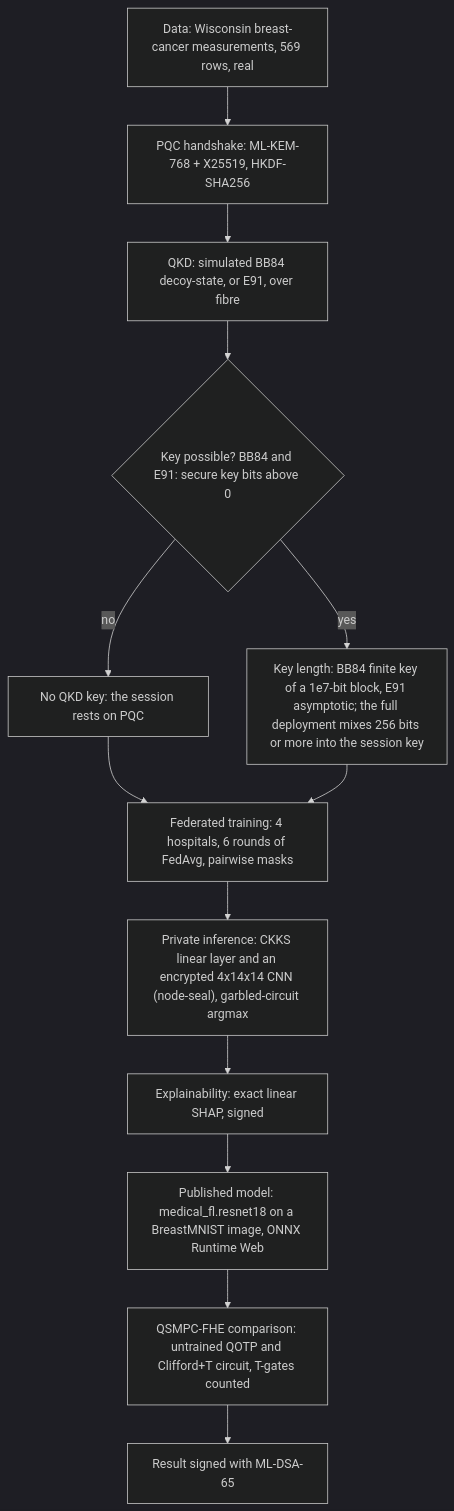
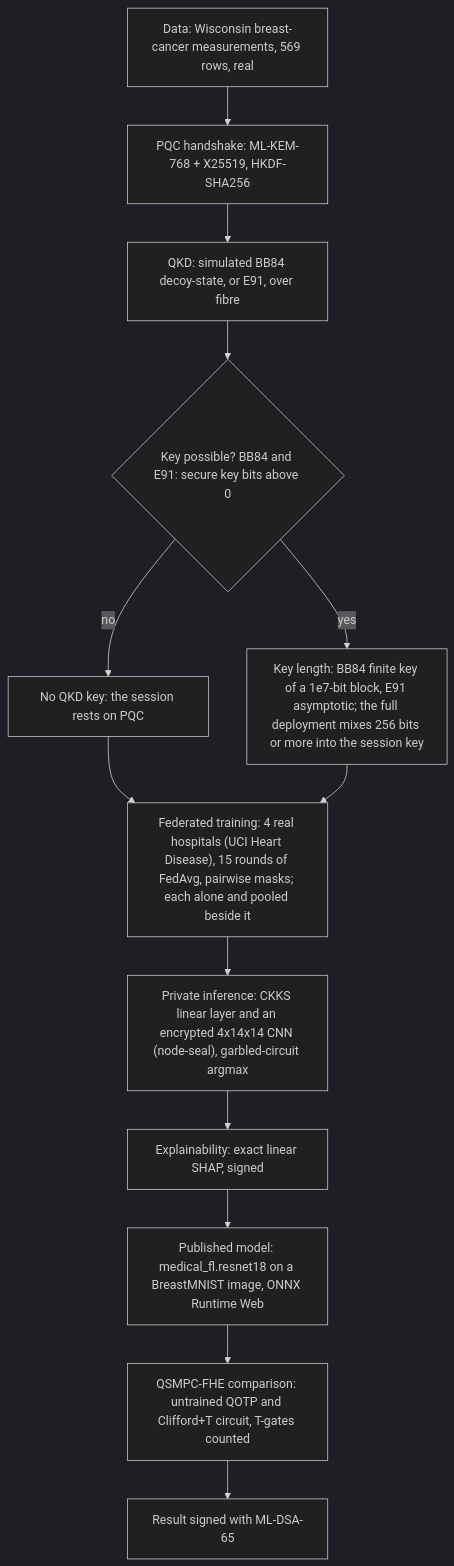
The fourth of 11 diagrams in README.md (Quantum-Daemons/QSMPC-QKD-QHE-AI-Hybrid), drawn with Mermaid (dark theme) before and after one commit. The commit also changed other lines of this file and 20 other files, not shown here.

````diff
--- a/README.md
+++ b/README.md
@@ -151,27 +151,27 @@
 ```mermaid
 flowchart TB
   D["Data: Wisconsin breast-cancer measurements, 569 rows, real"]
   H["PQC handshake: ML-KEM-768 + X25519, HKDF-SHA256"]
   K["QKD: simulated BB84 decoy-state, or E91, over fibre"]
   Q{"Key possible? BB84 and E91: secure key bits above 0"}
   N["No QKD key: the session rests on PQC"]
   L["Key length: BB84 finite key of a 1e7-bit block, E91 asymptotic; the full deployment mixes 256 bits or more into the session key"]
-  FL["Federated training: 4 hospitals, 6 rounds of FedAvg, pairwise masks"]
+  FL["Federated training: 4 real hospitals (UCI Heart Disease), 15 rounds of FedAvg, pairwise masks; each alone and pooled beside it"]
   I["Private inference: CKKS linear layer and an encrypted 4x14x14 CNN (node-seal), garbled-circuit argmax"]
   X["Explainability: exact linear SHAP, signed"]
   M["Published model: medical_fl.resnet18 on a BreastMNIST image, ONNX Runtime Web"]
   C["QSMPC-FHE comparison: untrained QOTP and Clifford+T circuit, T-gates counted"]
   S["Result signed with ML-DSA-65"]
   D --> H
   H --> K
   K --> Q
   Q -->|no| N
   Q -->|yes| L
   N --> FL
   L --> FL
   FL --> I
   I --> X
   X --> M
   M --> C
   C --> S
 ```
````
